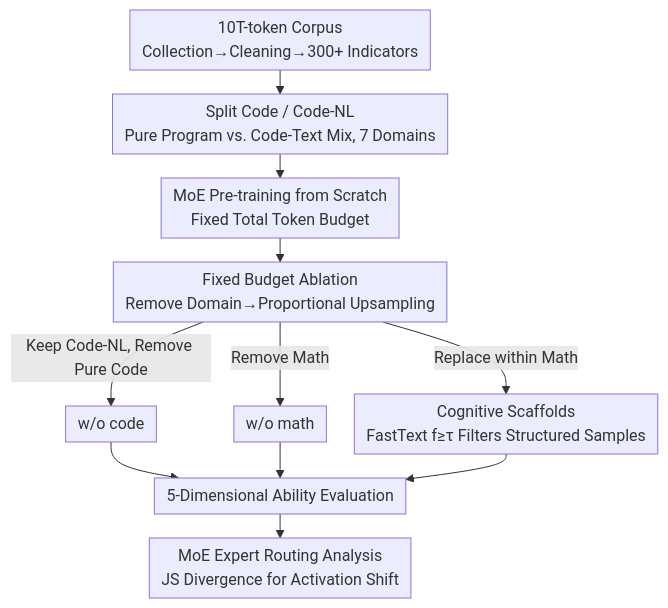
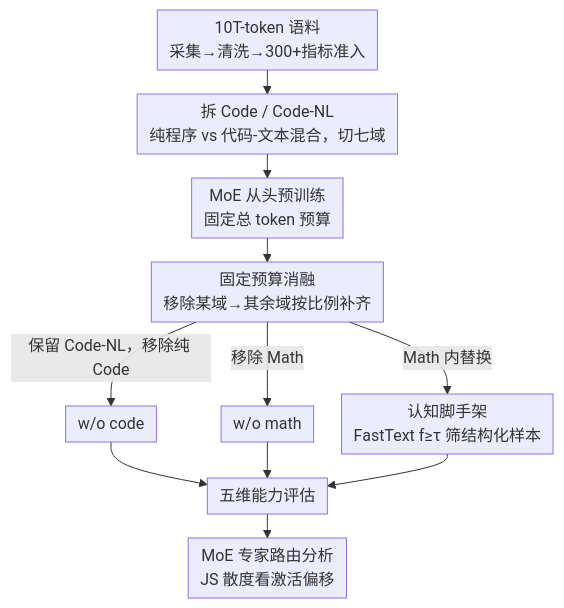
Before and after one commit to zhaoyang97/Paper-Notes-en: the diagram in docs/ICML2026/llm_reasoning/what_really_improves_mathematical_reasoning_structured_reasoning_signals_beyond_.md, drawn with Mermaid. The commit also changed other lines of this file and 5084 other files, not shown here.

````diff
--- a/docs/ICML2026/llm_reasoning/what_really_improves_mathematical_reasoning_structured_reasoning_signals_beyond_.md
+++ b/docs/ICML2026/llm_reasoning/what_really_improves_mathematical_reasoning_structured_reasoning_signals_beyond_.md
@@ -42,14 +42,14 @@
 ```mermaid
 %%{init: {'flowchart': {'rankSpacing': 24, 'nodeSpacing': 28, 'padding': 6, 'wrappingWidth': 400}}}%%
 flowchart TD
-    A["10T-token Corpus<br/>Collection→Cleaning→300+ Indicators"] --> B["Split Code / Code-NL<br/>Pure Program vs. Code-Text Mix, 7 Domains"]
-    B --> C["MoE Pre-training from Scratch<br/>Fixed Total Token Budget"]
-    C --> D["Fixed Budget Ablation<br/>Remove Domain→Proportional Upsampling"]
-    D -->|Keep Code-NL, Remove Pure Code| E["w/o code"]
-    D -->|Remove Math| F["w/o math"]
-    D -->|Replace within Math| G["Cognitive Scaffolds<br/>FastText f≥τ Filters Structured Samples"]
-    E --> H["5-Dimensional Ability Evaluation"]
+    A["10T-token 语料<br/>采集→清洗→300+指标准入"] --> B["拆 Code / Code-NL<br/>纯程序 vs 代码-文本混合，切七域"]
+    B --> C["MoE 从头预训练<br/>固定总 token 预算"]
+    C --> D["固定预算消融<br/>移除某域→其余域按比例补齐"]
+    D -->|保留 Code-NL，移除纯 Code| E["w/o code"]
+    D -->|移除 Math| F["w/o math"]
+    D -->|Math 内替换| G["认知脚手架<br/>FastText f≥τ 筛结构化样本"]
+    E --> H["五维能力评估"]
     F --> H
     G --> H
-    H --> I["MoE Expert Routing Analysis<br/>JS Divergence for Activation Shift"]
+    H --> I["MoE 专家路由分析<br/>JS 散度看激活偏移"]
 ```
````
